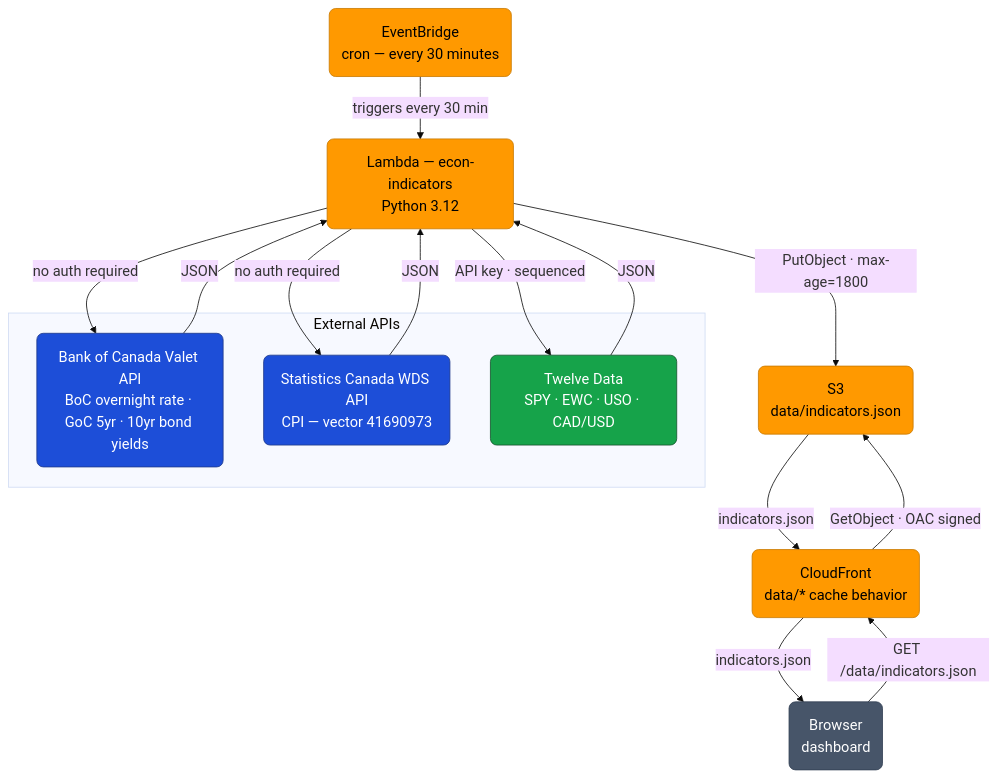
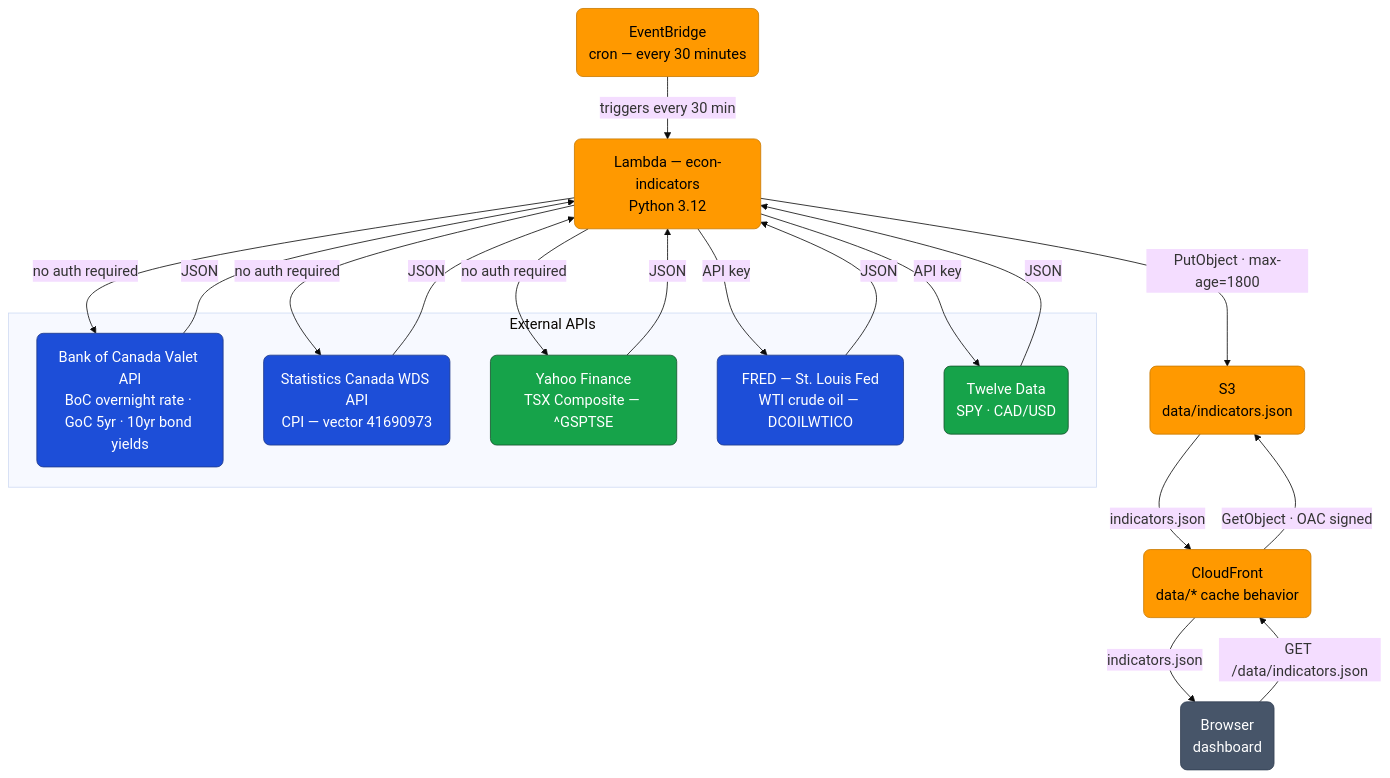
Before and after one commit to scottyleblanc/TACE.Website: the diagram in hugo/content/projects/econ-indicators-proj.md, drawn with Mermaid. The commit also changed other lines of this file and 5 other files, not shown here.

````diff
--- a/hugo/content/projects/econ-indicators-proj.md
+++ b/hugo/content/projects/econ-indicators-proj.md
@@ -44,32 +44,37 @@
 ```mermaid
 %%{init: {'theme': 'base', 'themeVariables': {'fontSize': '18px'}}}%%
 flowchart TD
     EB("EventBridge\ncron — every 30 minutes"):::aws
 
     subgraph apis["External APIs"]
         BOC("Bank of Canada Valet API\nBoC overnight rate · GoC 5yr · 10yr bond yields"):::gov
         SC("Statistics Canada WDS API\nCPI — vector 41690973"):::gov
-        TD("Twelve Data\nSPY · EWC · USO · CAD/USD"):::market
+        YF("Yahoo Finance\nTSX Composite — ^GSPTSE"):::market
+        FR("FRED — St. Louis Fed\nWTI crude oil — DCOILWTICO"):::gov
+        TD("Twelve Data\nSPY · CAD/USD"):::market
     end
 
     LM("Lambda — econ-indicators\nPython 3.12"):::aws
     S3("S3\ndata/indicators.json"):::aws
     CF("CloudFront\ndata/* cache behavior"):::aws
     BR("Browser\ndashboard"):::browser
 
     EB -->|"triggers every 30 min"| LM
     LM -->|"no auth required"| BOC
     LM -->|"no auth required"| SC
-    LM -->|"API key · sequenced"| TD
-    BOC & SC & TD -->|"JSON"| LM
+    LM -->|"no auth required"| YF
+    LM -->|"API key"| FR
+    LM -->|"API key"| TD
+    BOC & SC & YF & FR & TD -->|"JSON"| LM
     LM -->|"PutObject · max-age=1800"| S3
     BR -->|"GET /data/indicators.json"| CF
     CF -->|"GetObject · OAC signed"| S3
     S3 -->|"indicators.json"| CF
     CF -->|"indicators.json"| BR
 
     classDef aws      fill:#FF9900,stroke:#c97a00,color:#000,rx:8,ry:8
     classDef gov      fill:#1d4ed8,stroke:#1e3a8a,color:#fff,rx:8,ry:8
     classDef market   fill:#16a34a,stroke:#14532d,color:#fff,rx:8,ry:8
     classDef browser  fill:#475569,stroke:#334155,color:#fff,rx:8,ry:8
+
 ```
````
